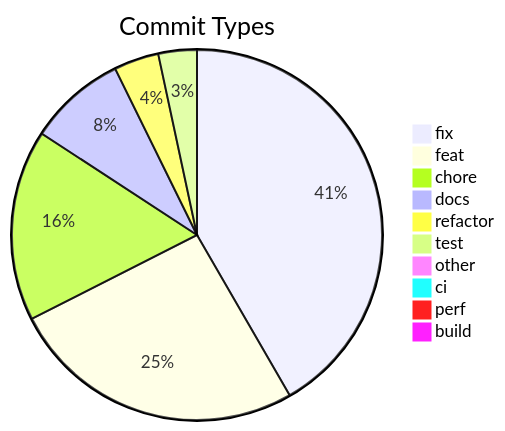
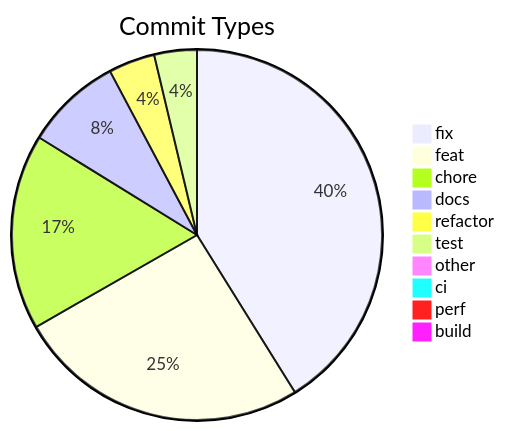
Before and after one commit to svenroth-ai/shipwright-webui: the diagram in .shipwright/compliance/change-history.md, drawn with Mermaid. The commit also changed other lines of this file and 168 other files, not shown here.

````diff
--- a/.shipwright/compliance/change-history.md
+++ b/.shipwright/compliance/change-history.md
@@ -10,13 +10,13 @@
 ```mermaid
 pie title Commit Types
-    "fix" : 372
-    "feat" : 231
-    "chore" : 149
-    "docs" : 76
-    "refactor" : 35
-    "test" : 30
+    "fix" : 376
+    "feat" : 234
+    "chore" : 156
+    "docs" : 77
+    "refactor" : 37
+    "test" : 34
     "other" : 9
     "ci" : 8
     "perf" : 5
     "build" : 1
 ```
````
